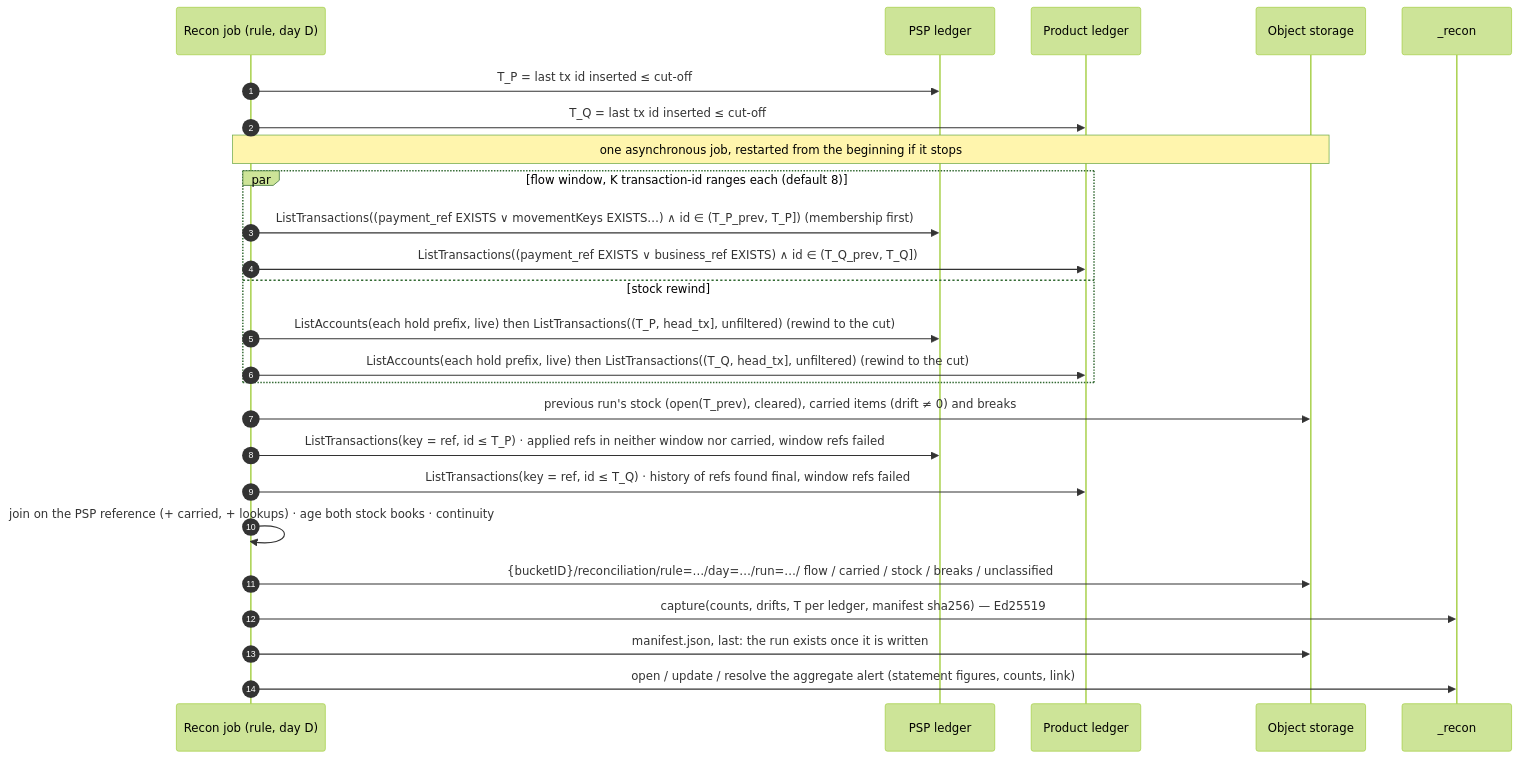
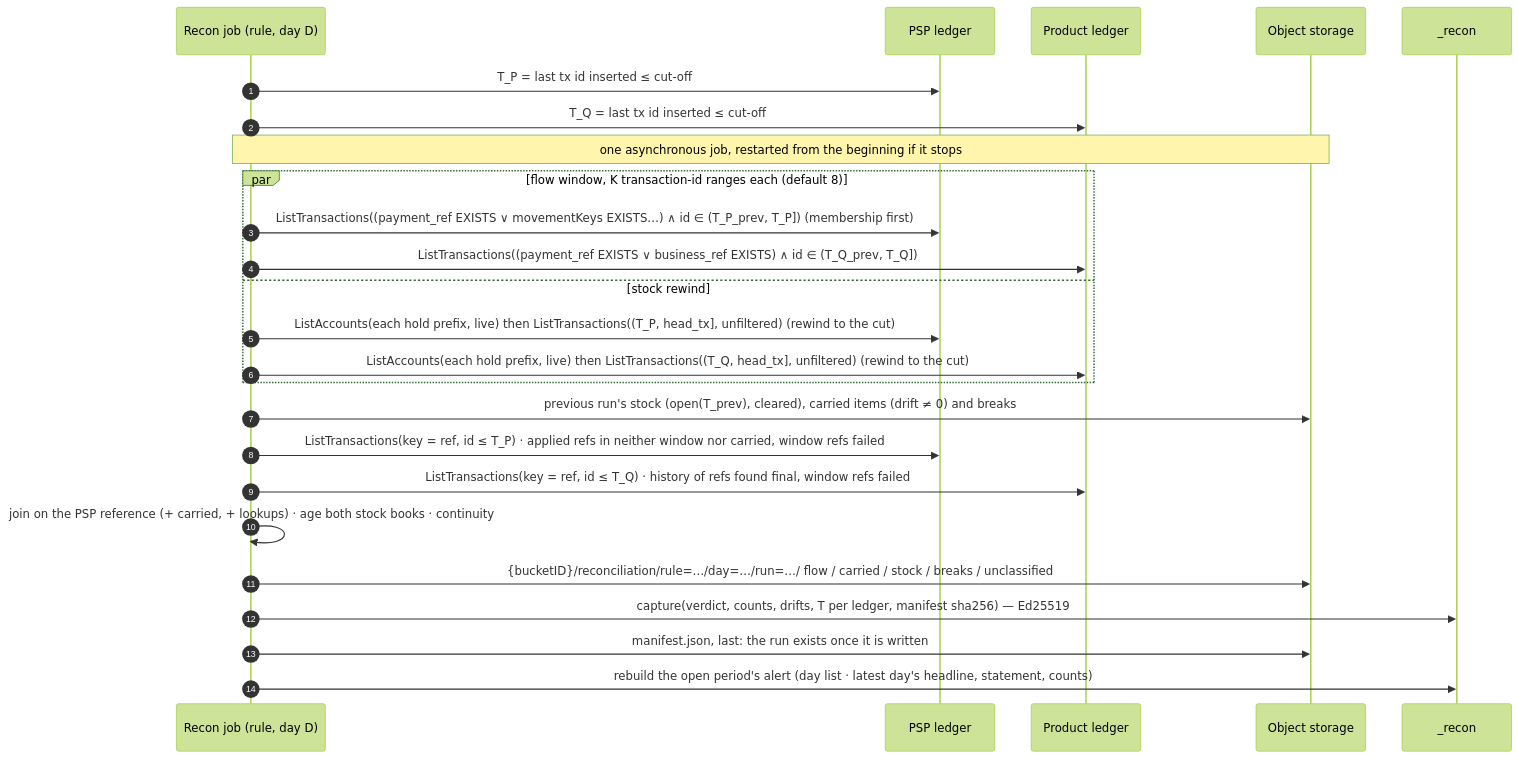
Before and after one commit to formancehq/reconciliation: the second of 2 diagrams in docs/technical/transaction-level-reconciliation.md, drawn with Mermaid (forest theme). The commit also changed other lines of this file and 5 other files, not shown here.

````diff
--- a/docs/technical/transaction-level-reconciliation.md
+++ b/docs/technical/transaction-level-reconciliation.md
@@ -255,28 +255,28 @@
 ```mermaid
 sequenceDiagram
     autonumber
     participant J as Recon job (rule, day D)
     participant P as PSP ledger
     participant Q as Product ledger
     participant O as Object storage
     participant C as _recon
 
     J->>P: T_P = last tx id inserted ≤ cut-off
     J->>Q: T_Q = last tx id inserted ≤ cut-off
     Note over J,O: one asynchronous job, restarted from the beginning if it stops
     par flow window, K transaction-id ranges each (default 8)
         J->>P: ListTransactions((payment_ref EXISTS ∨ movementKeys EXISTS…) ∧ id ∈ (T_P_prev, T_P])  (membership first)
         J->>Q: ListTransactions((payment_ref EXISTS ∨ business_ref EXISTS) ∧ id ∈ (T_Q_prev, T_Q])
     and stock rewind
         J->>P: ListAccounts(each hold prefix, live) then ListTransactions((T_P, head_tx], unfiltered) (rewind to the cut)
         J->>Q: ListAccounts(each hold prefix, live) then ListTransactions((T_Q, head_tx], unfiltered) (rewind to the cut)
     end
     J->>O: previous run's stock (open(T_prev), cleared), carried items (drift ≠ 0) and breaks
     J->>P: ListTransactions(key = ref, id ≤ T_P) · applied refs in neither window nor carried, window refs failed
     J->>Q: ListTransactions(key = ref, id ≤ T_Q) · history of refs found final, window refs failed
     J->>J: join on the PSP reference (+ carried, + lookups) · age both stock books · continuity
     J->>O: {bucketID}/reconciliation/rule=…/day=…/run=…/ flow / carried / stock / breaks / unclassified
-    J->>C: capture(counts, drifts, T per ledger, manifest sha256) — Ed25519
+    J->>C: capture(verdict, counts, drifts, T per ledger, manifest sha256) — Ed25519
     J->>O: manifest.json, last: the run exists once it is written
-    J->>C: open / update / resolve the aggregate alert (statement figures, counts, link)
+    J->>C: rebuild the open period's alert (day list · latest day's headline, statement, counts)
 ```
````
